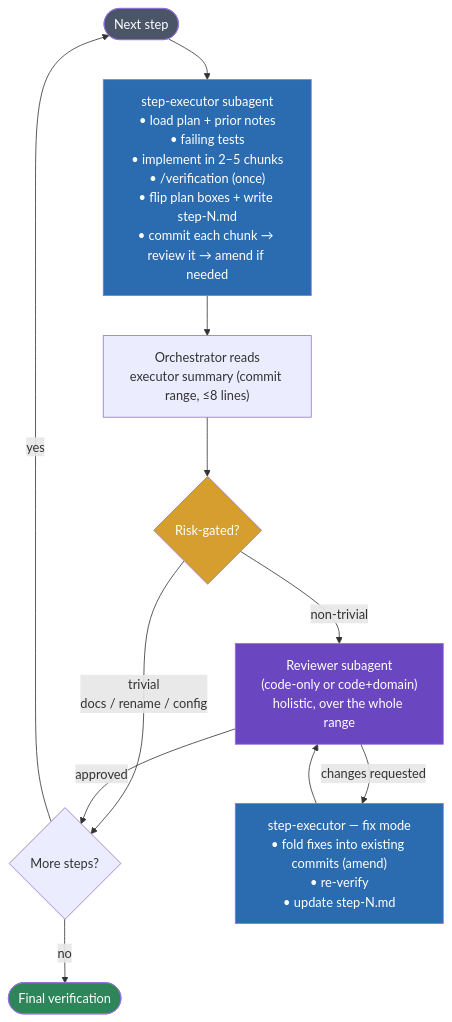
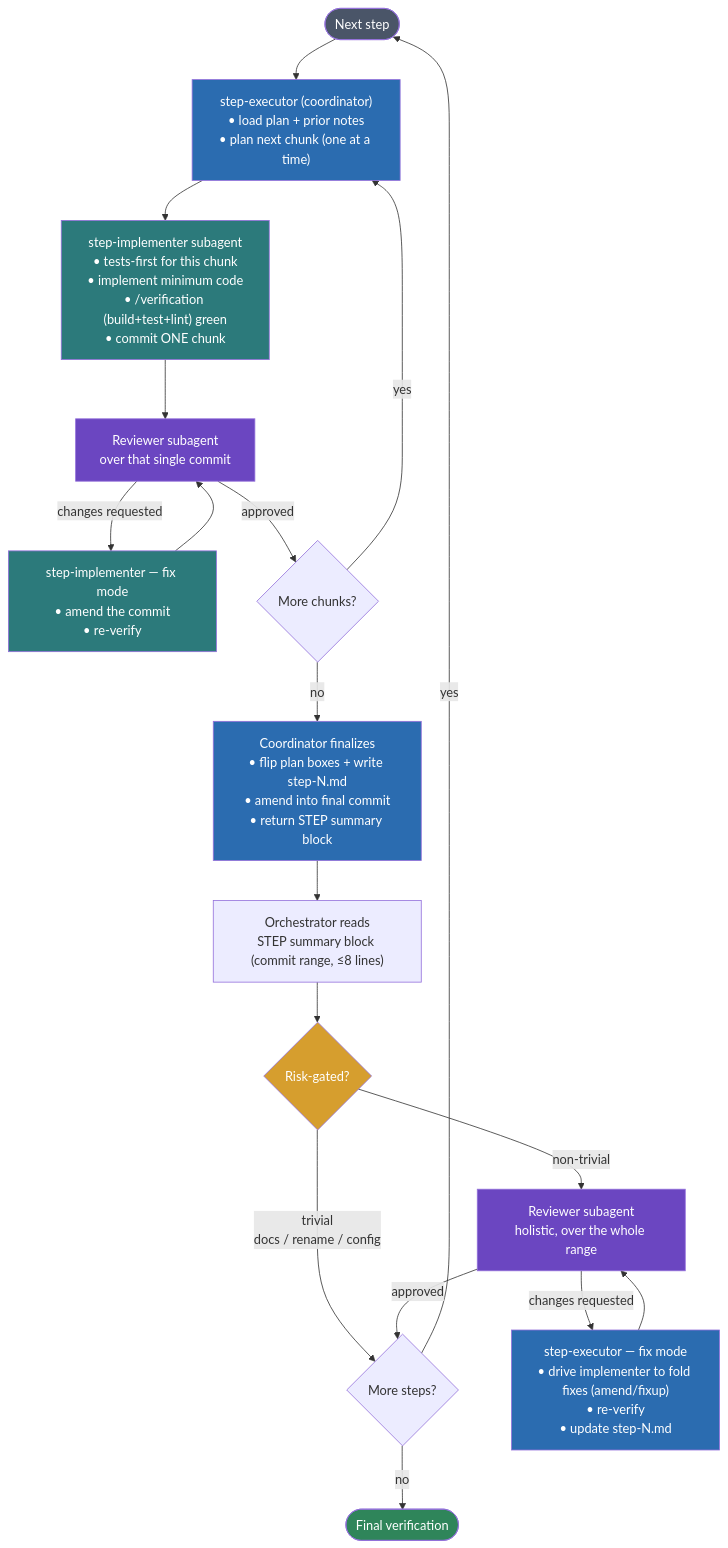
One commit to POPFD/claude-sweatshop changed the second of 2 diagrams in README.md. Above: the diagram before and after it, drawn with Mermaid. The commit also changed other lines of this file and 4 other files, not shown here.

First line of the commit message:
skills: Split step execution into a coordinator and per-chunk implementer

````diff
--- a/README.md
+++ b/README.md
@@ -106,20 +106,31 @@
 ```mermaid
 flowchart TD
-    Start(["Next step"]) --> Impl["step-executor subagent<br/>• load plan + prior notes<br/>• failing tests<br/>• implement in 2–5 chunks<br/>• /verification (once)<br/>• flip plan boxes + write step-N.md<br/>• commit each chunk → review it → amend if needed"]
-    Impl --> Sum["Orchestrator reads<br/>executor summary (commit range, ≤8 lines)"]
+    Start(["Next step"]) --> Coord["step-executor (coordinator)<br/>• load plan + prior notes<br/>• plan next chunk (one at a time)"]
+    Coord --> Impl["step-implementer subagent<br/>• tests-first for this chunk<br/>• implement minimum code<br/>• /verification (build+test+lint) green<br/>• commit ONE chunk"]
+    Impl --> CRev["Reviewer subagent<br/>over that single commit"]
+    CRev -->|changes requested| CFix["step-implementer — fix mode<br/>• amend the commit<br/>• re-verify"]
+    CFix --> CRev
+    CRev -->|approved| More{"More chunks?"}
+    More -->|yes| Coord
+    More -->|no| Notes["Coordinator finalizes<br/>• flip plan boxes + write step-N.md<br/>• amend into final commit<br/>• return STEP summary block"]
+    Notes --> Sum["Orchestrator reads<br/>STEP summary block (commit range, ≤8 lines)"]
     Sum --> Risk{"Risk-gated?"}
     Risk -->|trivial<br/>docs / rename / config| Next
-    Risk -->|non-trivial| Review["Reviewer subagent<br/>(code-only or code+domain)<br/>holistic, over the whole range"]
+    Risk -->|non-trivial| Review["Reviewer subagent<br/>holistic, over the whole range"]
     Review -->|approved| Next{"More steps?"}
-    Review -->|changes requested| Fix["step-executor — fix mode<br/>• fold fixes into existing commits (amend)<br/>• re-verify<br/>• update step-N.md"]
+    Review -->|changes requested| Fix["step-executor — fix mode<br/>• drive implementer to fold fixes (amend/fixup)<br/>• re-verify<br/>• update step-N.md"]
     Fix --> Review
     Next -->|yes| Start
     Next -->|no| Done(["Final verification"])
 
     style Start fill:#4a5568,color:#fff
-    style Impl fill:#2b6cb0,color:#fff
+    style Coord fill:#2b6cb0,color:#fff
+    style Impl fill:#2c7a7b,color:#fff
+    style CFix fill:#2c7a7b,color:#fff
+    style Notes fill:#2b6cb0,color:#fff
+    style CRev fill:#6b46c1,color:#fff
     style Review fill:#6b46c1,color:#fff
     style Fix fill:#2b6cb0,color:#fff
     style Risk fill:#d69e2e,color:#fff
     style Done fill:#2f855a,color:#fff
 ```
````
